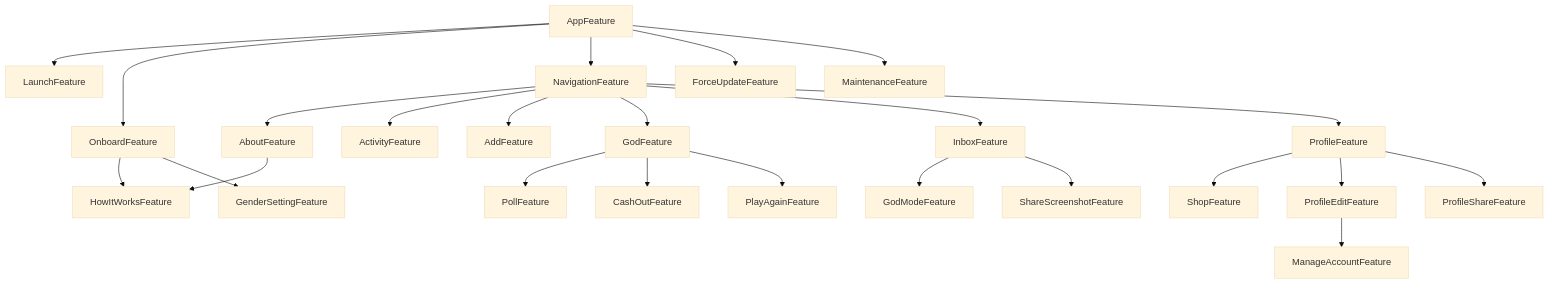
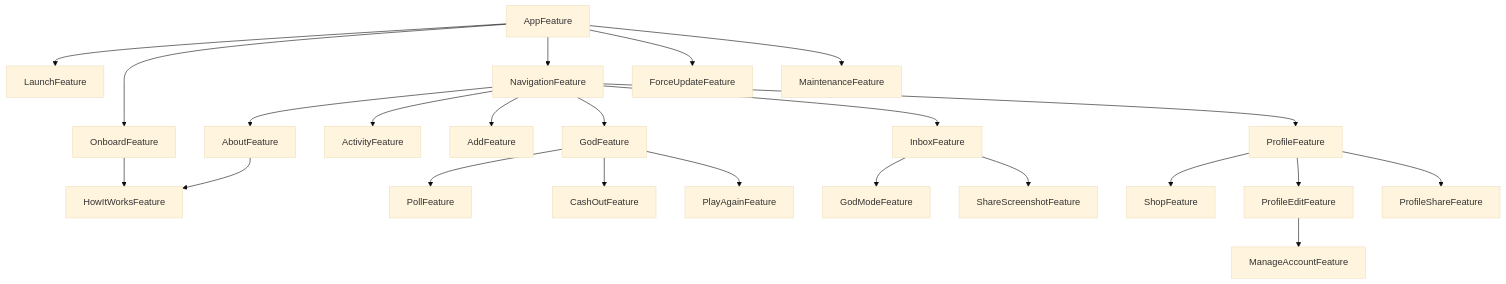
Before and after one commit to 0x1-company/god-ios: the diagram in Packages/GodPackage/README.md, drawn with Mermaid (base theme).

Commit message:
chore: 🤖 dgraph

````diff
--- a/Packages/GodPackage/README.md
+++ b/Packages/GodPackage/README.md
@@ -6,26 +6,25 @@
 ```mermaid
 graph TD;
     AboutFeature-->HowItWorksFeature;
     AppFeature-->LaunchFeature;
     AppFeature-->OnboardFeature;
     AppFeature-->NavigationFeature;
     AppFeature-->ForceUpdateFeature;
     AppFeature-->MaintenanceFeature;
     GodFeature-->PollFeature;
     GodFeature-->CashOutFeature;
     GodFeature-->PlayAgainFeature;
     InboxFeature-->GodModeFeature;
     InboxFeature-->ShareScreenshotFeature;
     NavigationFeature-->AboutFeature;
     NavigationFeature-->ActivityFeature;
     NavigationFeature-->AddFeature;
     NavigationFeature-->GodFeature;
     NavigationFeature-->InboxFeature;
     NavigationFeature-->ProfileFeature;
     OnboardFeature-->HowItWorksFeature;
-    OnboardFeature-->GenderSettingFeature;
     ProfileEditFeature-->ManageAccountFeature;
     ProfileFeature-->ShopFeature;
     ProfileFeature-->ProfileEditFeature;
     ProfileFeature-->ProfileShareFeature;
 ```
````
